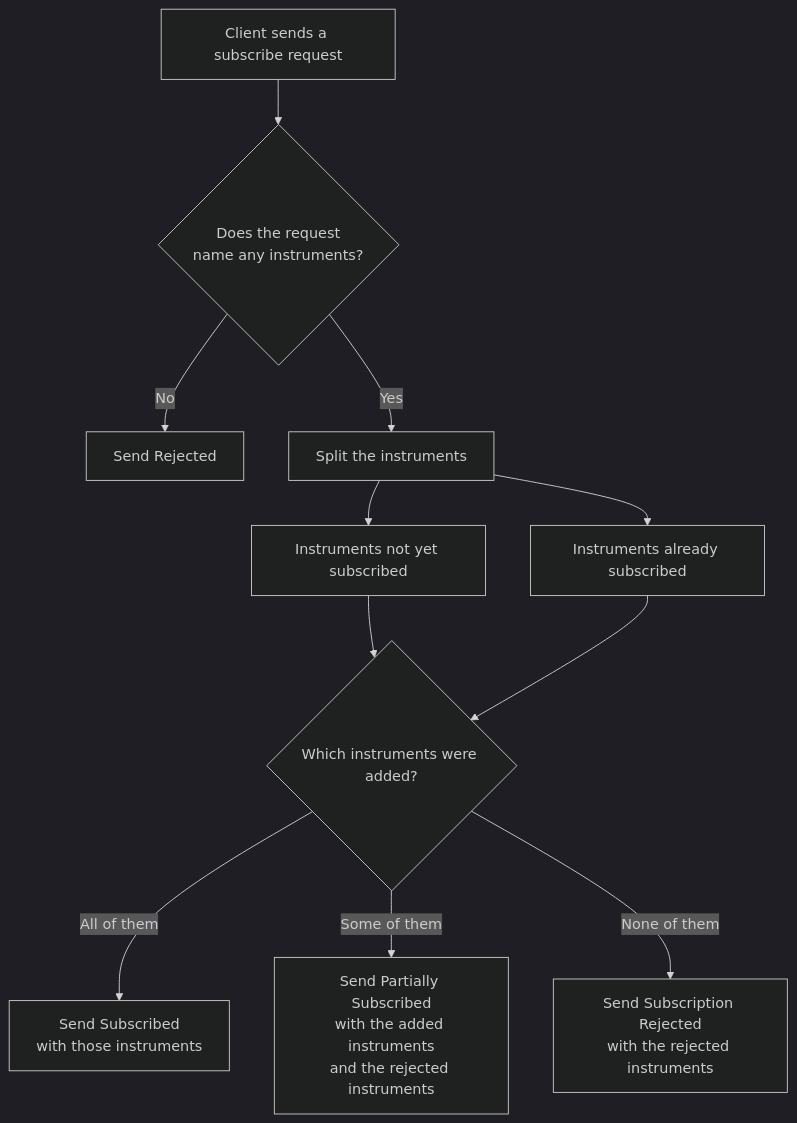
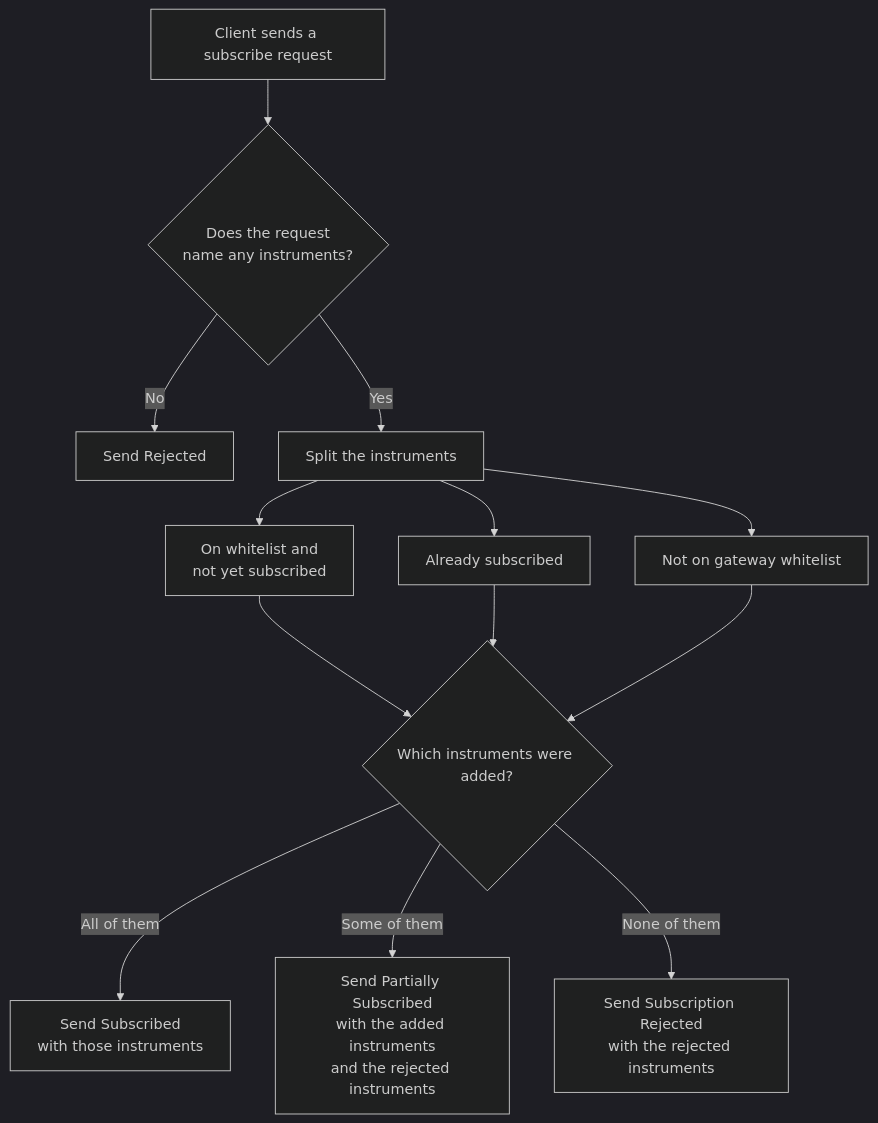
The first of 3 diagrams in docs/subscription.md (Braqzen/orderbook-trading), drawn with Mermaid (dark theme) before and after one commit. The commit also changed other lines of this file and 13 other files, not shown here.

First line of the commit message:
Add instrument whitelist to market data gateway to control permitted subscriptions

````diff
--- a/docs/subscription.md
+++ b/docs/subscription.md
@@ -11,17 +11,19 @@
 ```mermaid
 flowchart TD
     Subscribe["Client sends a subscribe request"] --> Instruments{"Does the request<br/>name any instruments?"}
 
     Instruments -->|"No"| Generic["Send Rejected"]
     Instruments -->|"Yes"| Split["Split the instruments"]
 
-    Split --> New["Instruments not yet subscribed"]
-    Split --> Existing["Instruments already subscribed"]
+    Split --> New["On whitelist and<br/>not yet subscribed"]
+    Split --> Existing["Already subscribed"]
+    Split --> Denied["Not on gateway whitelist"]
 
     New --> Outcome{"Which instruments were added?"}
     Existing --> Outcome
+    Denied --> Outcome
 
     Outcome -->|"All of them"| Subscribed["Send Subscribed<br/>with those instruments"]
     Outcome -->|"Some of them"| Partial["Send Partially Subscribed<br/>with the added instruments<br/>and the rejected instruments"]
     Outcome -->|"None of them"| Rejected["Send Subscription Rejected<br/>with the rejected instruments"]
 ```
````
